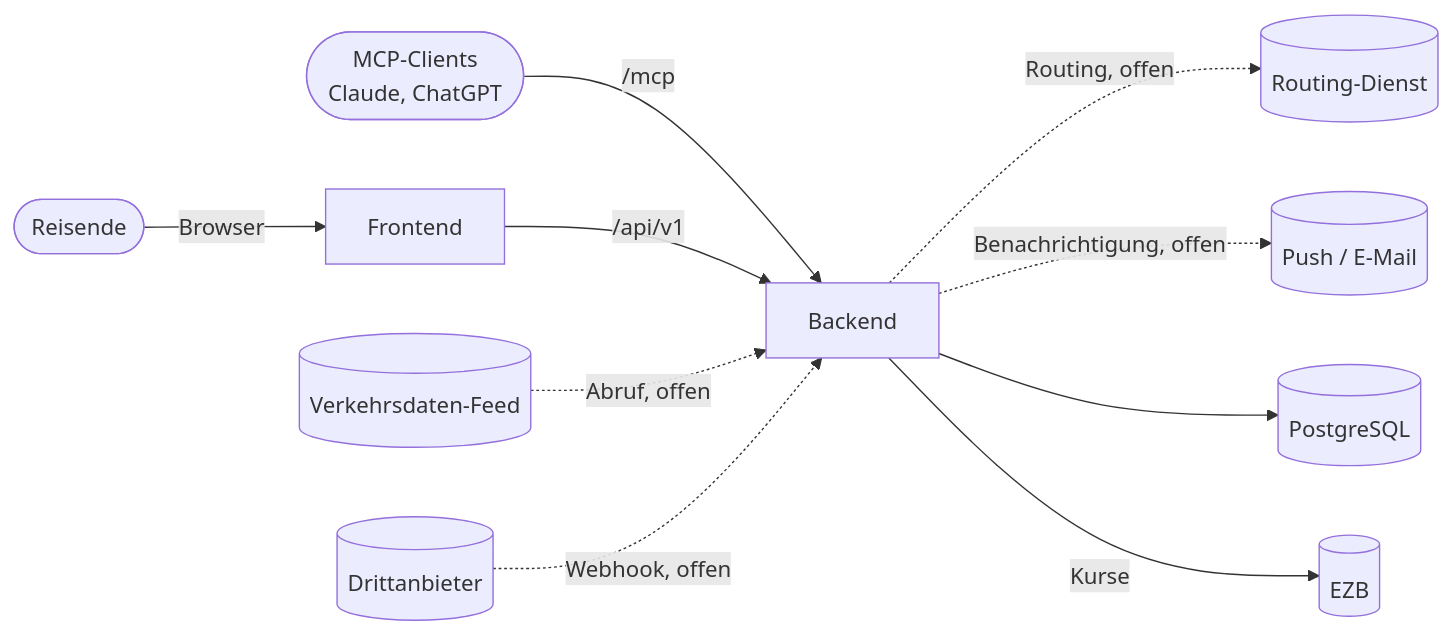
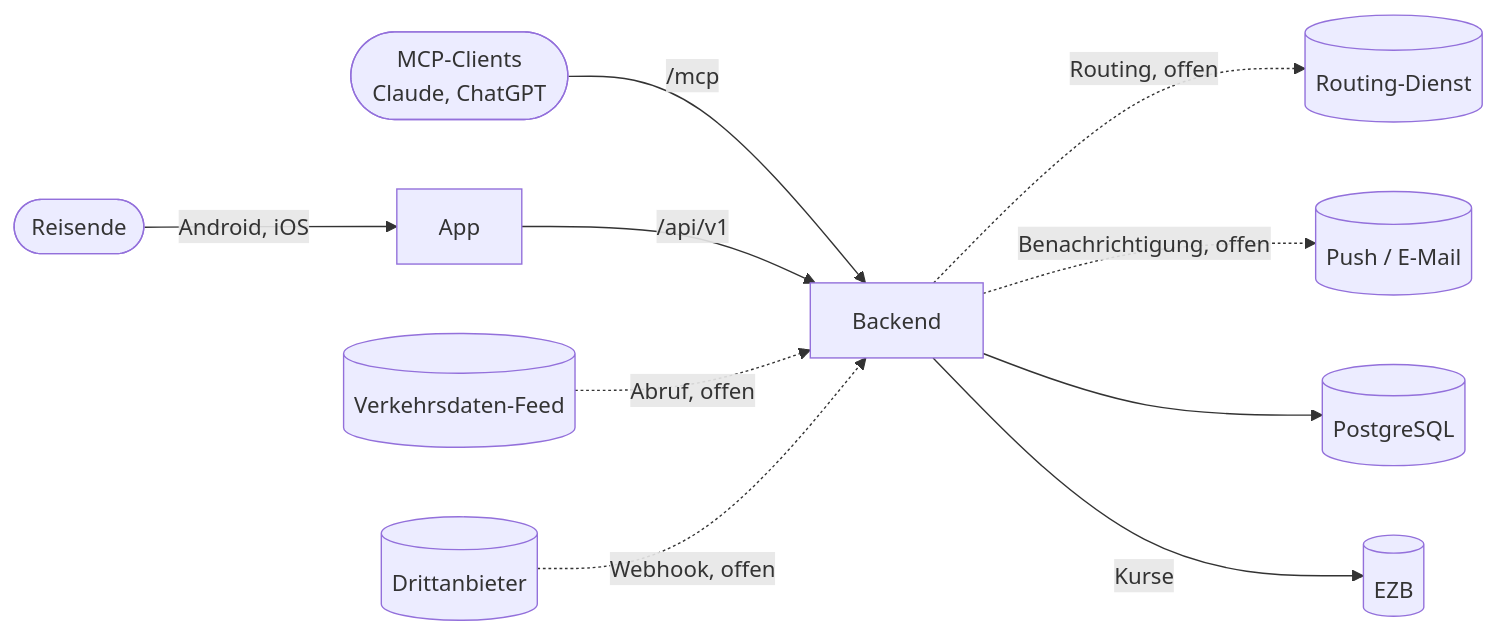
One commit to kehrbros/nofrustrationvacation changed the first of 2 diagrams in Docs/architecture.md. Above: the diagram before and after it, drawn with Mermaid. The commit also changed other lines of this file and 96 other files, not shown here.

````diff
--- a/Docs/architecture.md
+++ b/Docs/architecture.md
@@ -9,12 +9,12 @@
 ```mermaid
 flowchart LR
-    user([Reisende]) -->|Browser| fe[Frontend]
+    user([Reisende]) -->|Android, iOS| fe[App]
     mcp([MCP-Clients<br>Claude, ChatGPT]) -->|/mcp| be
     fe -->|/api/v1| be[Backend]
     feed[(Verkehrsdaten-Feed)] -.->|Abruf, offen| be
     hook[(Drittanbieter)] -.->|Webhook, offen| be
     be -.->|Routing, offen| routing[(Routing-Dienst)]
     be -.->|Benachrichtigung, offen| notify[(Push / E-Mail)]
     be --> db[(PostgreSQL)]
     be -->|Kurse| ecb[(EZB)]
 ```
````
